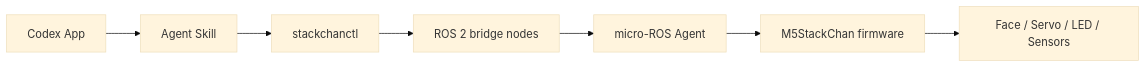
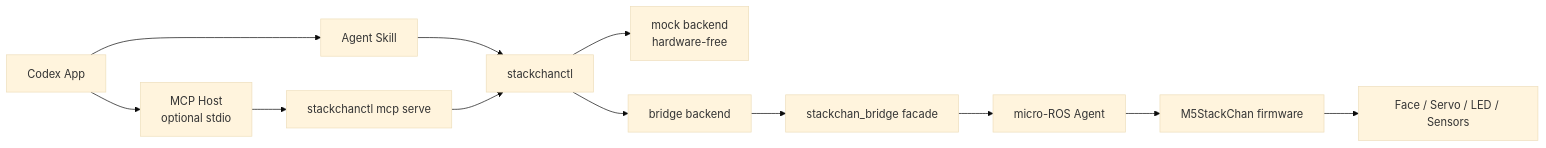
One commit to koizumikento/codex-stackchan-bridge changed the first of 2 diagrams in docs/architecture.md. Above: the diagram before and after it, drawn with Mermaid (base theme). The commit also changed other lines of this file and 19 other files, not shown here.

Commit message:
Add stackchanctl MCP stdio adapter

````diff
--- a/docs/architecture.md
+++ b/docs/architecture.md
@@ -7,9 +7,14 @@
 ```mermaid
 flowchart LR
     Codex["Codex App"] --> Skill["Agent Skill"]
+    Codex --> MCP["MCP Host\noptional stdio"]
     Skill --> CLI["stackchanctl"]
-    CLI --> Bridge["ROS 2 bridge nodes"]
+    MCP --> MCPServer["stackchanctl mcp serve"]
+    MCPServer --> CLI
+    CLI --> Mock["mock backend\nhardware-free"]
+    CLI --> BridgeBackend["bridge backend"]
+    BridgeBackend --> Bridge["stackchan_bridge facade"]
     Bridge --> Agent["micro-ROS Agent"]
     Agent --> Firmware["M5StackChan firmware"]
     Firmware --> Hardware["Face / Servo / LED / Sensors"]
 ```
````
